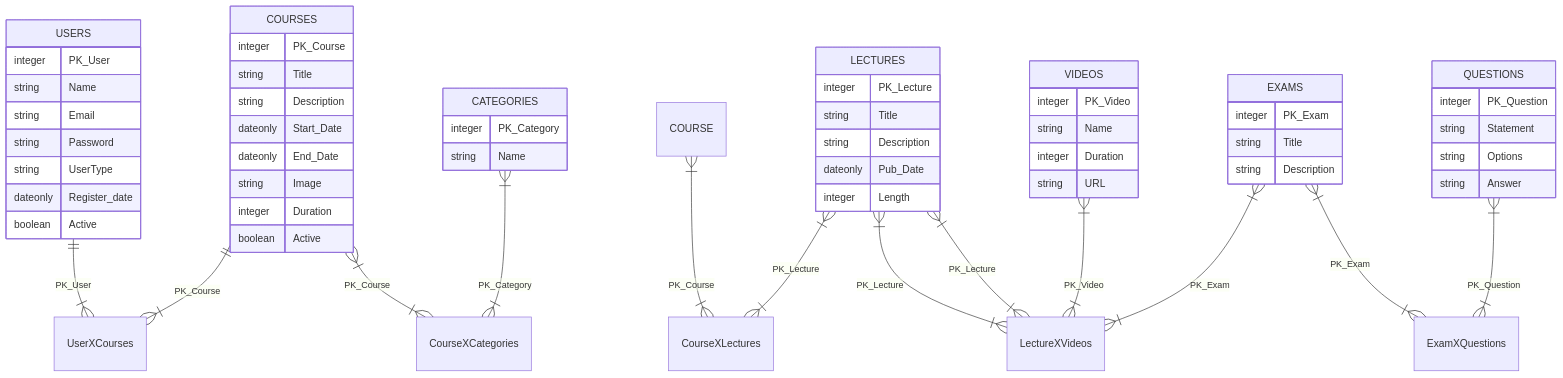
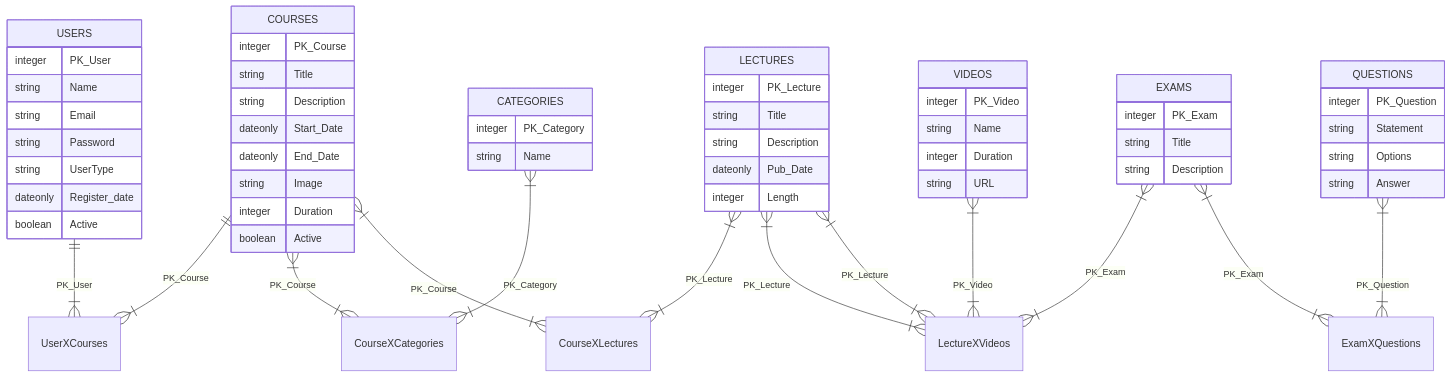
One commit to MemoRodz/CapaciTechKidsBack changed the diagram in README.md. Above: the diagram before and after it, drawn with Mermaid.

Commit message:
Update Diagram with mermaid library_2

````diff
--- a/README.md
+++ b/README.md
@@ -11,63 +11,63 @@
 ```mermaid
 erDiagram
     USERS {
         integer PK_User
 		string Name
         string Email
         string Password
 		string UserType
 		dateonly Register_date
 		boolean Active
     }
     USERS ||--|{ UserXCourses : PK_User
     COURSES ||--|{ UserXCourses : PK_Course
     COURSES {
         integer PK_Course
         string Title
 		string Description
 		dateonly Start_Date
 		dateonly End_Date
 		string Image
 		integer Duration
 		boolean Active
     }
 	COURSES }|--|{ CourseXCategories : PK_Course
 	CATEGORIES }|--|{ CourseXCategories : PK_Category
 	CATEGORIES {
 		integer PK_Category
 		string Name
 	}
-	COURSE }|--|{ CourseXLectures : PK_Course
+	COURSES }|--|{ CourseXLectures : PK_Course
 	LECTURES }|--|{ CourseXLectures : PK_Lecture
 	LECTURES {
 		integer PK_Lecture
 		string Title
 		string Description
 		dateonly Pub_Date
 		integer Length
 	}
 	LECTURES }|--|{ LectureXVideos : PK_Lecture
 	VIDEOS }|--|{ LectureXVideos : PK_Video
 	VIDEOS {
 		integer PK_Video
 		string Name
 		integer Duration
 		string URL
 	}
 	LECTURES }|--|{ LectureXVideos : PK_Lecture
 	EXAMS }|--|{ LectureXVideos : PK_Exam
 	EXAMS {
 		integer PK_Exam
 		string Title
 		string Description
 	}
 	EXAMS }|--|{ ExamXQuestions : PK_Exam
 	QUESTIONS }|--|{ ExamXQuestions : PK_Question
 	QUESTIONS {
 		integer PK_Question
 		string Statement
 		string Options
 		string Answer
 	}
 
 ```
````
